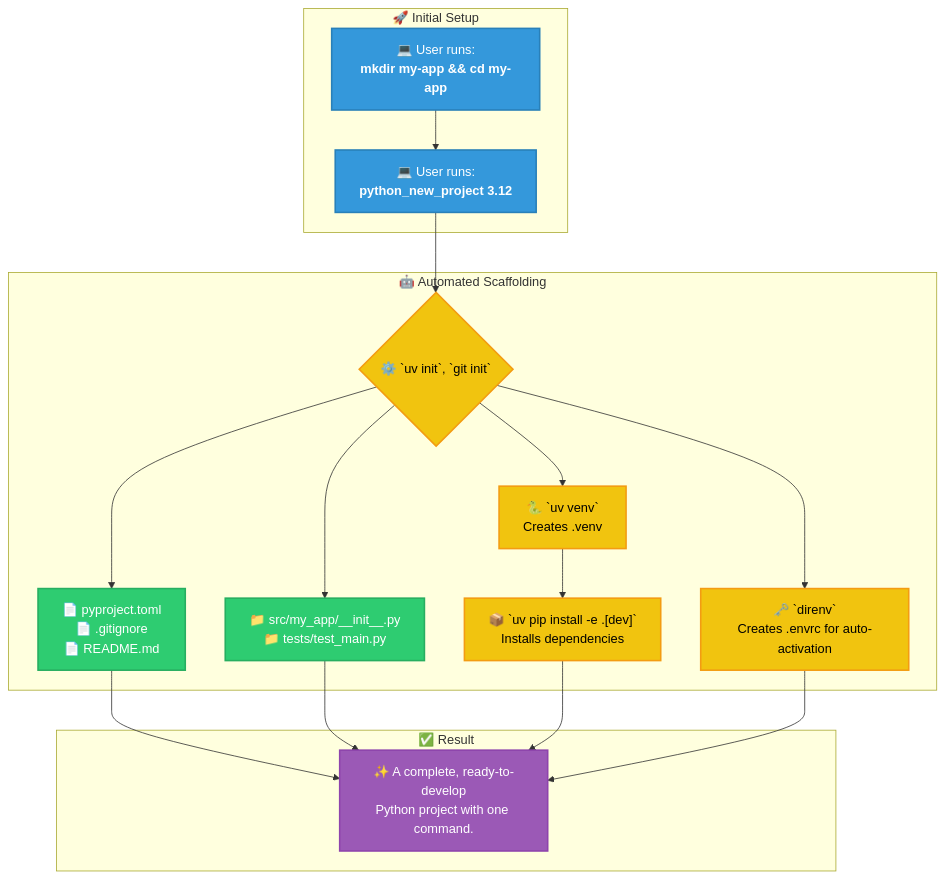
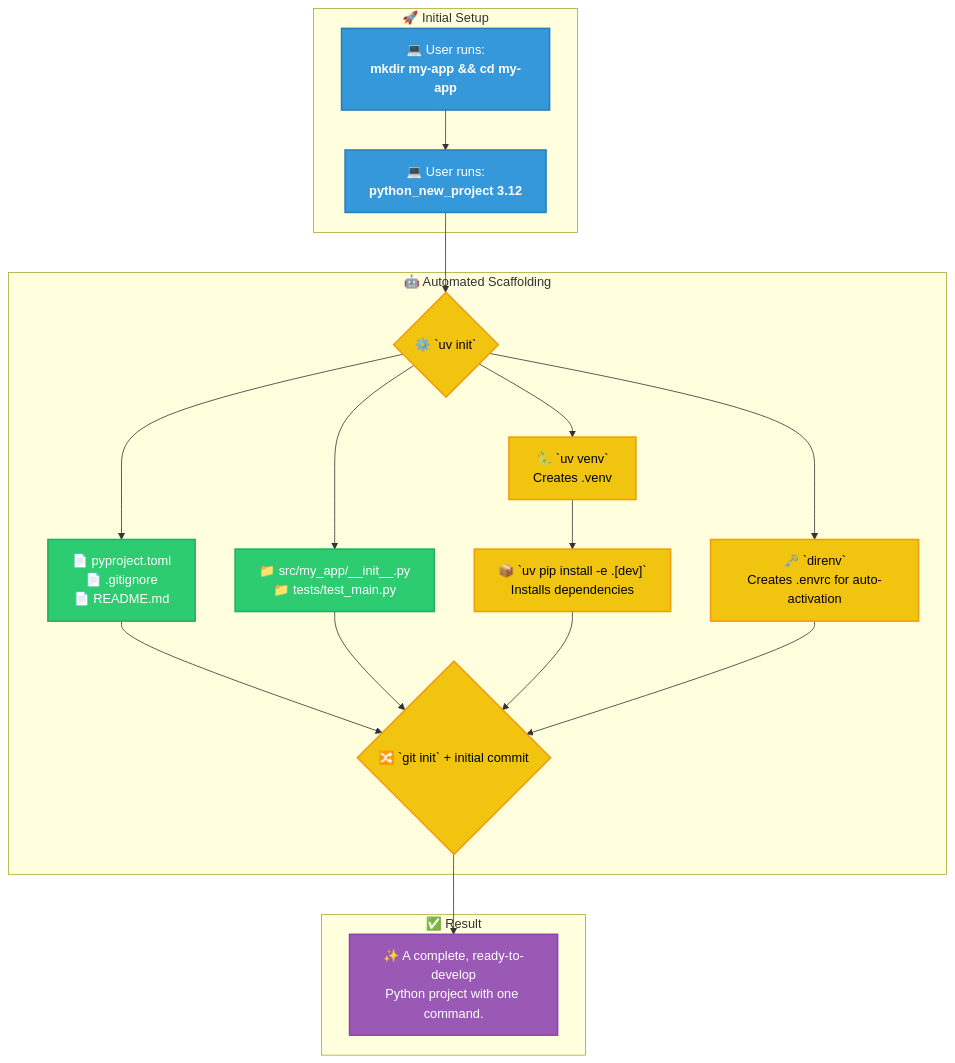
The first of 4 diagrams in README.md (CaptainCodeAU/fifty-shades-of-dotfiles), drawn with Mermaid before and after one commit.

Commit message:
docs: fix python_new_project diagram to show correct git init ordering
git init + initial commit happens after all scaffolding (uv init,
file creation, venv, deps, direnv), not alongside uv init.

````diff
--- a/README.md
+++ b/README.md
@@ -316,32 +316,33 @@
 ```mermaid
 graph TD
     subgraph "🚀 Initial Setup"
         A["💻 User runs:<br><b>mkdir my-app && cd my-app</b>"] --> B
         B["💻 User runs:<br><b>python_new_project 3.12</b>"]
     end
 
     subgraph "🤖 Automated Scaffolding"
-        B --> C{"⚙️ `uv init`, `git init`"}
+        B --> C{"⚙️ `uv init`"}
         C --> D["📄 pyproject.toml<br>📄 .gitignore<br>📄 README.md"]
         C --> E["📁 src/my_app/__init__.py<br>📁 tests/test_main.py"]
         C --> F["🐍 `uv venv`<br>Creates .venv"]
         F --> G["📦 `uv pip install -e .[dev]`<br>Installs dependencies"]
         C --> H["🗝️ `direnv`<br>Creates .envrc for auto-activation"]
+        D & E & G & H --> J{"🔀 `git init` + initial commit"}
     end
 
     subgraph "✅ Result"
         I["✨ A complete, ready-to-develop<br>Python project with one command."]
     end
 
-    D & E & G & H --> I
+    J --> I
 
     classDef userAction fill:#3498db,stroke:#2980b9,stroke-width:2px,color:white;
     classDef automation fill:#f1c40f,stroke:#f39c12,stroke-width:2px,color:black;
     classDef artifact fill:#2ecc71,stroke:#27ae60,stroke-width:2px,color:white;
     classDef result fill:#9b59b6,stroke:#8e44ad,stroke-width:2px,color:white;
 
     class A,B userAction;
-    class C,F,G,H automation;
+    class C,F,G,H,J automation;
     class D,E artifact;
     class I result;
 ```
````
